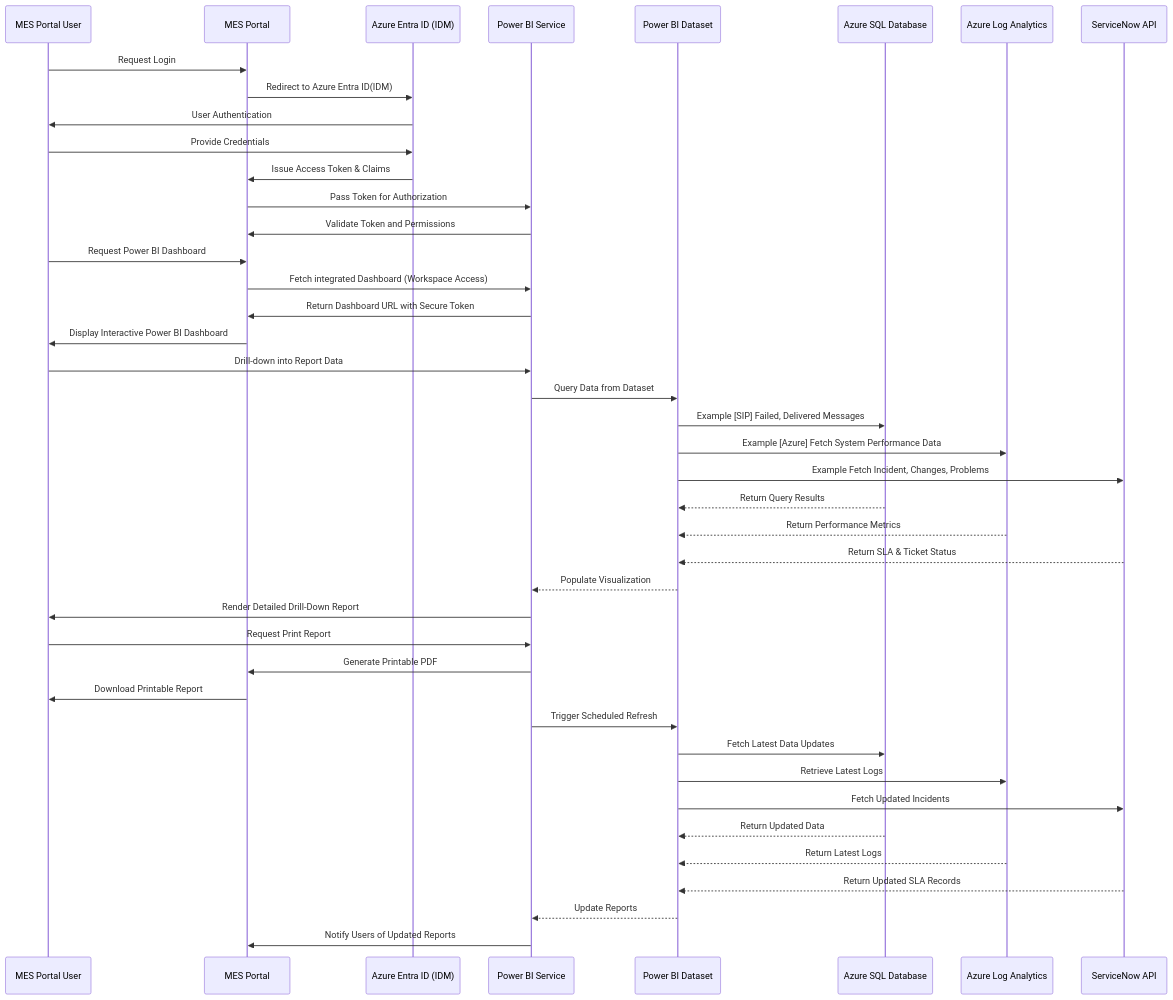
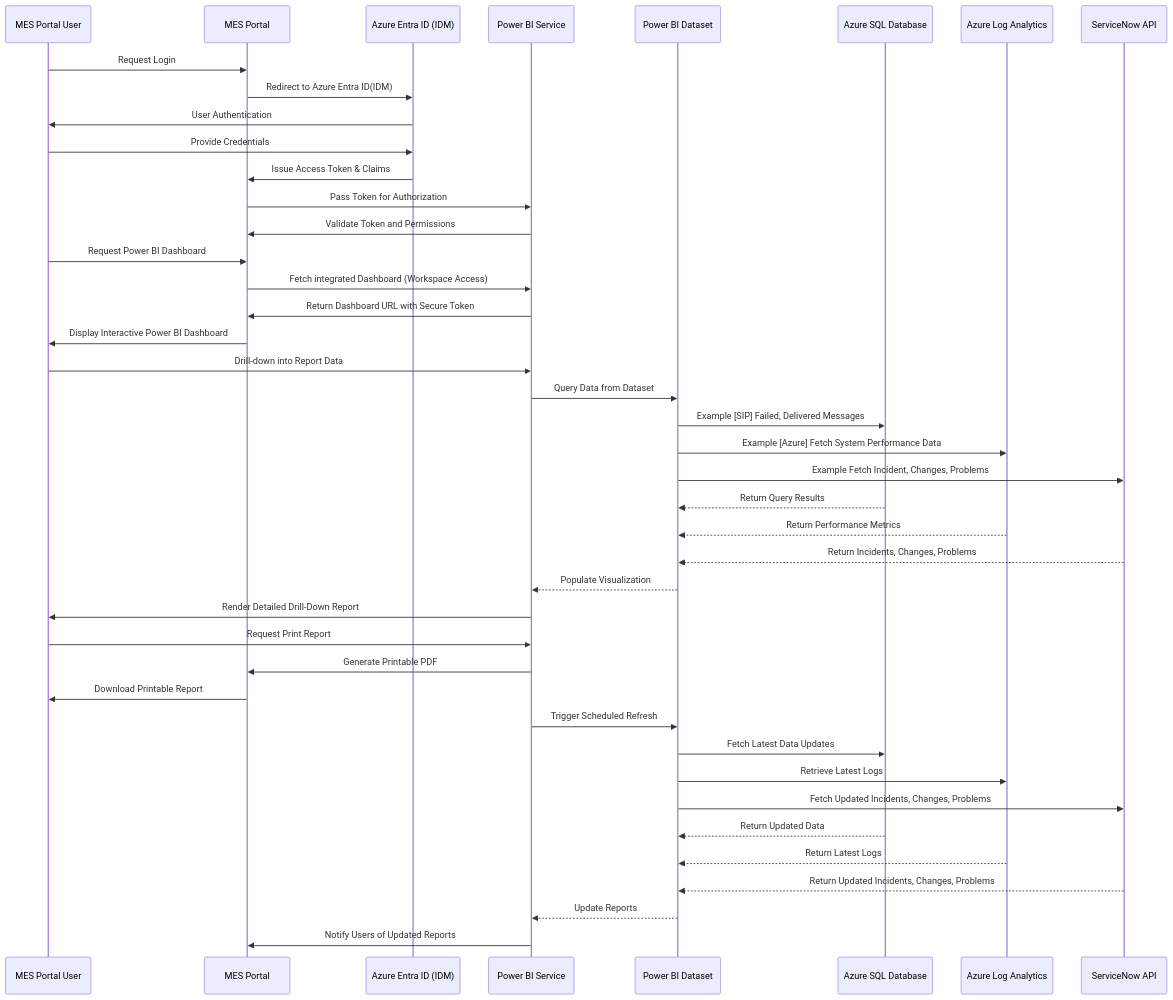
One commit to oigbokwe73/MuleSoft-Moveit-Azure-Data-Logging-Monitoring-Solution changed the first of 12 diagrams in README.md. Above: the diagram before and after it, drawn with Mermaid.

````diff
--- a/README.md
+++ b/README.md
@@ -4,54 +4,54 @@
 ```mermaid
 sequenceDiagram
     participant User as MES Portal User
     participant MES as MES Portal
     participant AzureAD as Azure Entra ID (IDM)
     participant PowerBI as Power BI Service
     participant Dataset as Power BI Dataset
     participant SQL as Azure SQL Database
     participant LogAnalytics as Azure Log Analytics
     participant ServiceNow as ServiceNow API
 
     %% Step 1: Authentication & Authorization
     User->>MES: Request Login
     MES->>AzureAD: Redirect to Azure Entra ID(IDM)
     AzureAD->>User: User Authentication 
     User->>AzureAD: Provide Credentials
     AzureAD->>MES: Issue Access Token & Claims
     MES->>PowerBI: Pass Token for Authorization
     PowerBI->>MES: Validate Token and Permissions
 
     %% Step 2: Workspace Access & Report Viewing
     User->>MES: Request Power BI Dashboard
     MES->>PowerBI: Fetch integrated Dashboard (Workspace Access)
     PowerBI->>MES: Return Dashboard URL with Secure Token
     MES->>User: Display Interactive Power BI Dashboard
 
     %% Step 3: Drill-Down & Print Reports
     User->>PowerBI: Drill-down into Report Data
     PowerBI->>Dataset: Query Data from Dataset
     Dataset->>SQL: Example [SIP] Failed, Delivered Messages
     Dataset->>LogAnalytics: Example [Azure] Fetch System Performance Data
     Dataset->>ServiceNow: Example Fetch Incident, Changes, Problems
     SQL-->>Dataset: Return Query Results
     LogAnalytics-->>Dataset: Return Performance Metrics
-    ServiceNow-->>Dataset: Return SLA & Ticket Status
+    ServiceNow-->>Dataset: Return Incidents, Changes, Problems
     Dataset-->>PowerBI: Populate Visualization
     PowerBI->>User: Render Detailed Drill-Down Report
     User->>PowerBI: Request Print Report
     PowerBI->>MES: Generate Printable PDF
     MES->>User: Download Printable Report
 
     %% Step 4: Scheduled Auto Refresh
     PowerBI->>Dataset: Trigger Scheduled Refresh
     Dataset->>SQL: Fetch Latest Data Updates
     Dataset->>LogAnalytics: Retrieve Latest Logs
-    Dataset->>ServiceNow: Fetch Updated Incidents
+    Dataset->>ServiceNow: Fetch Updated Incidents, Changes, Problems
     SQL-->>Dataset: Return Updated Data
     LogAnalytics-->>Dataset: Return Latest Logs
-    ServiceNow-->>Dataset: Return Updated SLA Records
+    ServiceNow-->>Dataset: Return Updated Incidents, Changes, Problems
     Dataset-->>PowerBI: Update Reports
     PowerBI->>MES: Notify Users of Updated Reports
 
     %% End of Sequence
 ```
````
